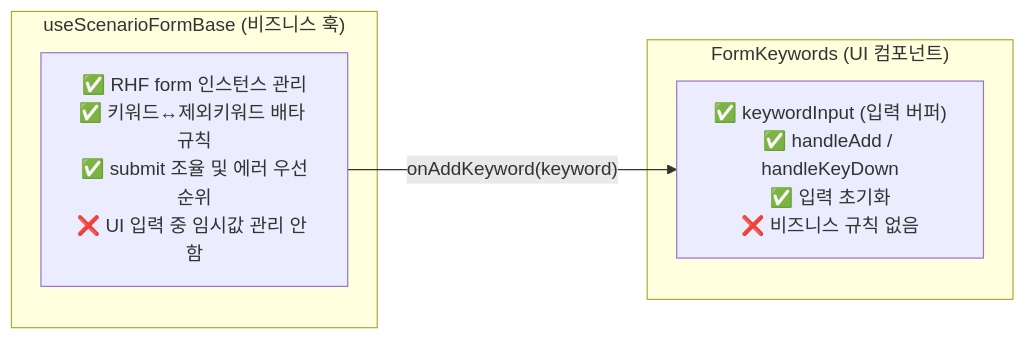
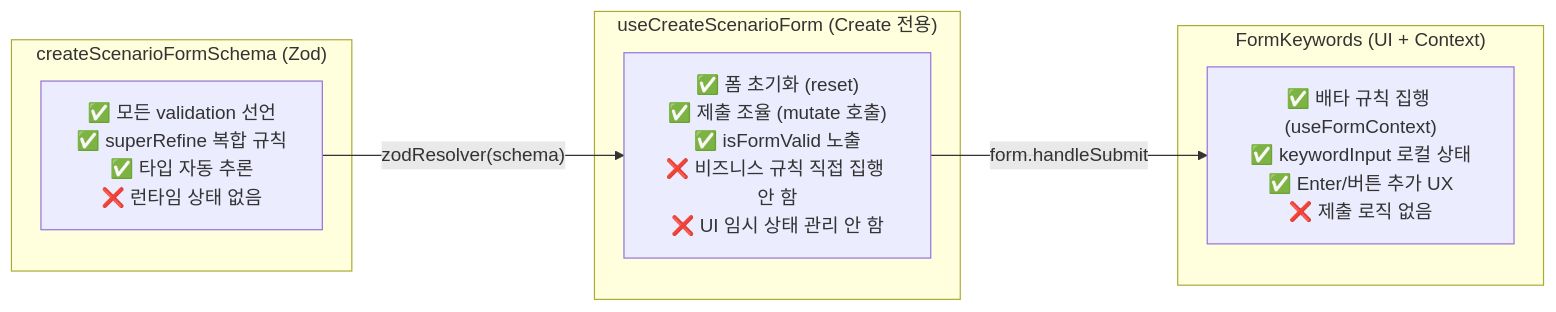
Before and after one commit to kimyoungyin/lala-contribution: the third of 5 diagrams in docs/rhf-zod.md, drawn with Mermaid. The commit also changed other lines of this file, not shown here.

````diff
--- a/docs/rhf-zod.md
+++ b/docs/rhf-zod.md
@@ -197,12 +289,17 @@
 ```mermaid
 graph LR
-    subgraph "useScenarioFormBase (비즈니스 훅)"
-        A["✅ RHF form 인스턴스 관리<br/>✅ 키워드↔제외키워드 배타 규칙<br/>✅ submit 조율 및 에러 우선순위<br/>❌ UI 입력 중 임시값 관리 안 함"]
+    subgraph "useCreateScenarioForm (Create 전용)"
+        A["✅ 폼 초기화 (reset)<br/>✅ 제출 조율 (mutate 호출)<br/>✅ isFormValid 노출<br/>❌ 비즈니스 규칙 직접 집행 안 함<br/>❌ UI 임시 상태 관리 안 함"]
     end
 
-    subgraph "FormKeywords (UI 컴포넌트)"
-        B["✅ keywordInput (입력 버퍼)<br/>✅ handleAdd / handleKeyDown<br/>✅ 입력 초기화<br/>❌ 비즈니스 규칙 없음"]
+    subgraph "FormKeywords (UI + Context)"
+        B["✅ 배타 규칙 집행 (useFormContext)<br/>✅ keywordInput 로컬 상태<br/>✅ Enter/버튼 추가 UX<br/>❌ 제출 로직 없음"]
     end
 
-    A -- "onAddKeyword(keyword)" --> B
+    subgraph "createScenarioFormSchema (Zod)"
+        C["✅ 모든 validation 선언<br/>✅ superRefine 복합 규칙<br/>✅ 타입 자동 추론<br/>❌ 런타임 상태 없음"]
+    end
+
+    A -- "form.handleSubmit" --> B
+    C -- "zodResolver(schema)" --> A
 ```
````
